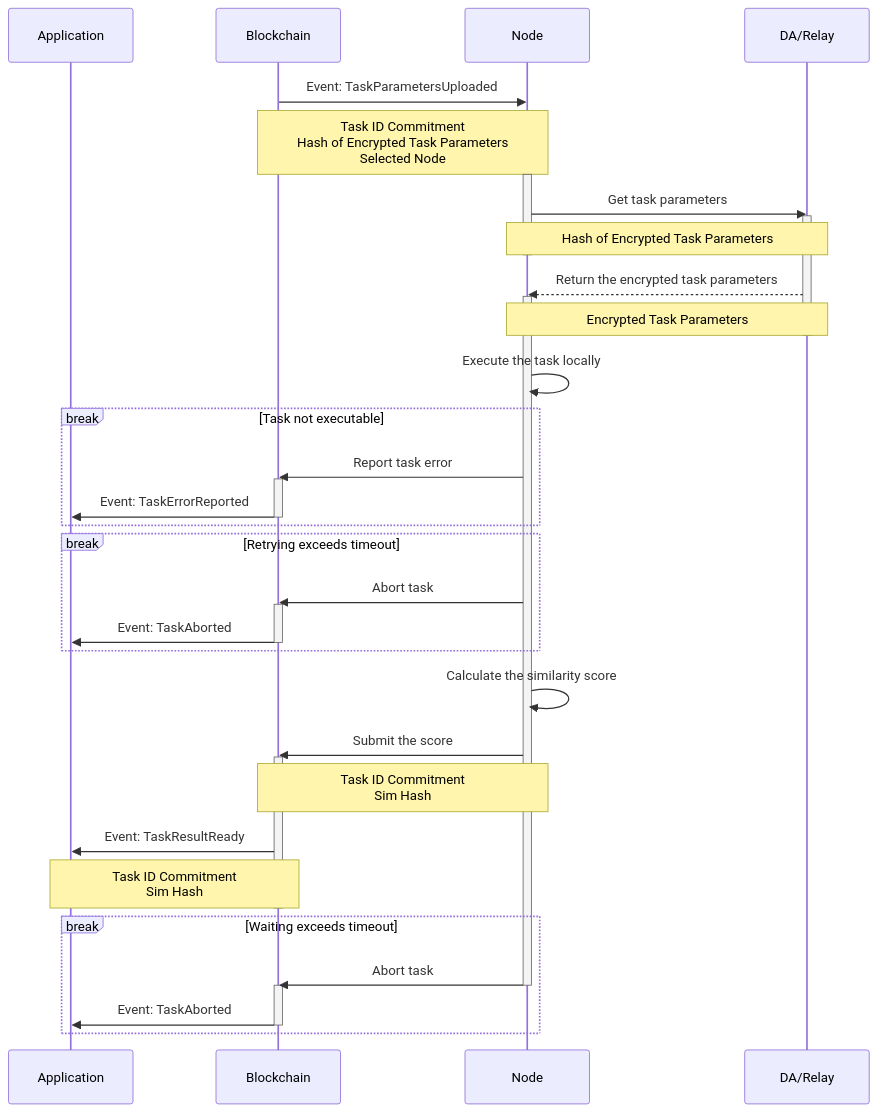
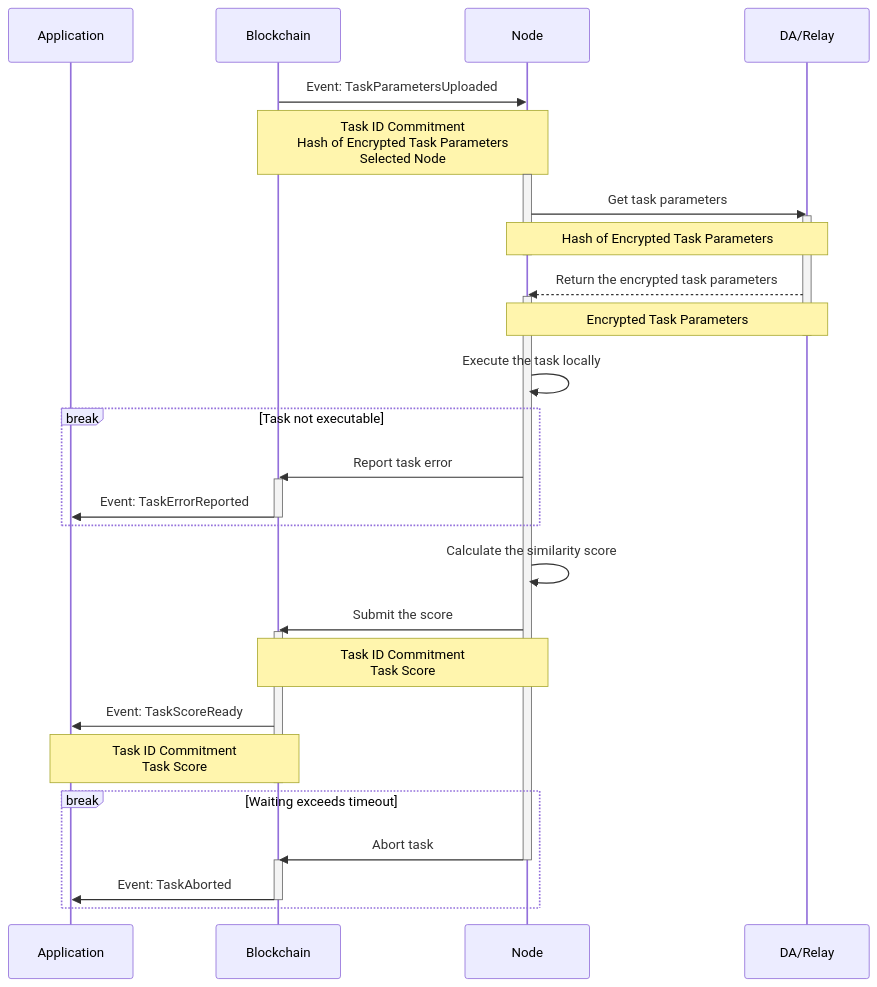
One commit to crynux-ai/documentation changed the third of 5 diagrams in gitbook/system-design/task-lifecycle.md. Above: the diagram before and after it, drawn with Mermaid. The commit also changed other lines of this file, not shown here.

````diff
--- a/gitbook/system-design/task-lifecycle.md
+++ b/gitbook/system-design/task-lifecycle.md
@@ -189,53 +211,46 @@
 ```mermaid
 sequenceDiagram
     Participant A as Application
     Participant B as Blockchain
     Participant N as Node
     Participant R as DA/Relay
 
     B ->> N: Event: TaskParametersUploaded
     Note over B,N: Task ID Commitment<br/>Hash of Encrypted Task Parameters<br/>Selected Node
     activate N
     N ->> R: Get task parameters
     activate R
     Note over N,R: Hash of Encrypted Task Parameters
     deactivate N
     
     R -->> N: Return the encrypted task parameters
     activate N
     Note over N,R: Encrypted Task Parameters
     deactivate R
     
     N ->> N: Execute the task locally
 
     break Task not executable
         N ->> B: Report task error
         activate B
         B ->> A: Event: TaskErrorReported
         deactivate B
     end
-
-    break Retrying exceeds timeout
-        N ->> B: Abort task
-        activate B
-        B ->> A: Event: TaskAborted
-        deactivate B
-    end
     
     N ->> N: Calculate the similarity score
     N ->> B: Submit the score
     activate B
-    Note over N,B: Task ID Commitment<br/>Sim Hash
-    B ->> A: Event: TaskResultReady
-    Note over A,B: Task ID Commitment<br/>Sim Hash
+    Note over N,B: Task ID Commitment<br/>Task Score
+    B ->> A: Event: TaskScoreReady
+    Note over A,B: Task ID Commitment<br/>Task Score
     deactivate B
 
     break Waiting exceeds timeout
         N ->> B: Abort task
         deactivate N
         activate B
         B ->> A: Event: TaskAborted
         deactivate B
     end
 
 ```
````
